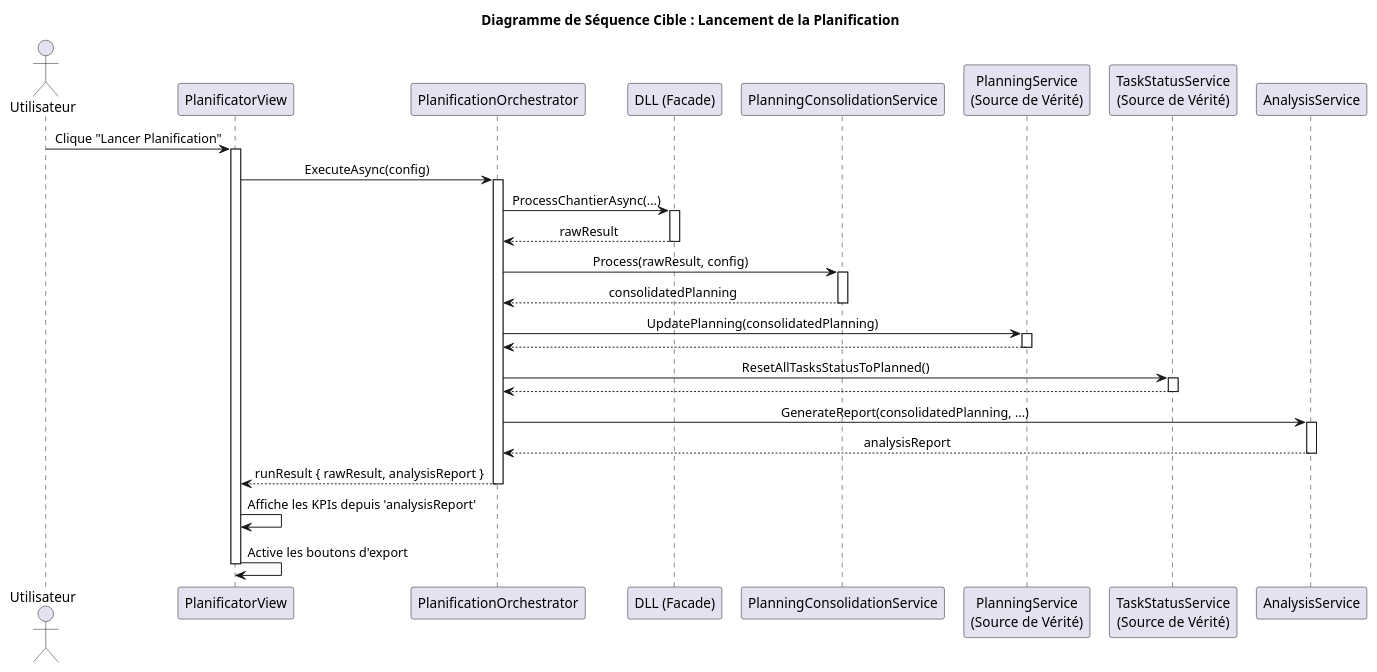
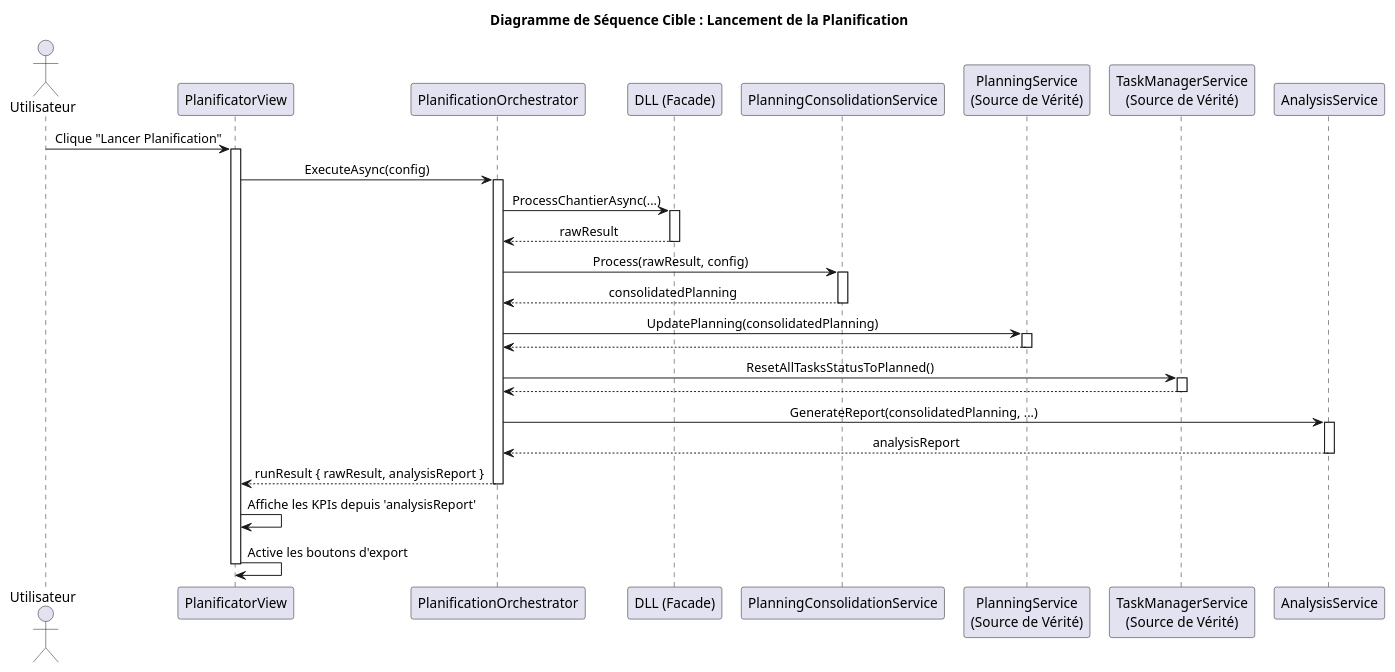
One commit to edgardmaillot/PlanAthena changed the diagram in Docs/V0.4.8_Planification_Seq.puml. Above: the diagram before and after it, drawn with PlantUML. The commit also changed 18 other files, not shown here.

Commit message:
V0.4.9.2 Corrections erreurs sur TaskManagerView

```diff
--- a/Docs/V0.4.8_Planification_Seq.puml
+++ b/Docs/V0.4.8_Planification_Seq.puml
@@ -1,47 +1,47 @@
 @startuml
 ' --- Configuration ---
 title Diagramme de Séquence Cible : Lancement de la Planification
 skinparam componentStyle uml2
 skinparam wrapWidth 250
 skinparam participantPadding 5
 skinparam sequenceMessageAlign center
 ' --- Participants ---
 actor Utilisateur
 participant "PlanificatorView" as UI
 participant "PlanificationOrchestrator" as Orchestrator
 participant "DLL (Facade)" as Facade
 participant "PlanningConsolidationService" as Consolidator
 participant "PlanningService\n(Source de Vérité)" as PlanningSvc
-participant "TaskStatusService\n(Source de Vérité)" as StatusSvc
+participant "TaskManagerService\n(Source de Vérité)" as StatusSvc
 participant "AnalysisService" as AnalysisSvc
 ' --- Flux ---
 Utilisateur -> UI : Clique "Lancer Planification"
 activate UI
 UI -> Orchestrator : ExecuteAsync(config)
 activate Orchestrator
 Orchestrator -> Facade : ProcessChantierAsync(...)
 activate Facade
 Facade --> Orchestrator : rawResult
 deactivate Facade
 Orchestrator -> Consolidator : Process(rawResult, config)
 activate Consolidator
 Consolidator --> Orchestrator : consolidatedPlanning
 deactivate Consolidator
 Orchestrator -> PlanningSvc : UpdatePlanning(consolidatedPlanning)
 activate PlanningSvc
 PlanningSvc --> Orchestrator
 deactivate PlanningSvc
 Orchestrator -> StatusSvc : ResetAllTasksStatusToPlanned()
 activate StatusSvc
 StatusSvc --> Orchestrator
 deactivate StatusSvc
 Orchestrator -> AnalysisSvc : GenerateReport(consolidatedPlanning, ...)
 activate AnalysisSvc
 AnalysisSvc --> Orchestrator : analysisReport
 deactivate AnalysisSvc
 Orchestrator --> UI : runResult { rawResult, analysisReport }
 deactivate Orchestrator
 UI -> UI : Affiche les KPIs depuis 'analysisReport'
 UI -> UI : Active les boutons d'export
 deactivate UI
 @enduml
```
